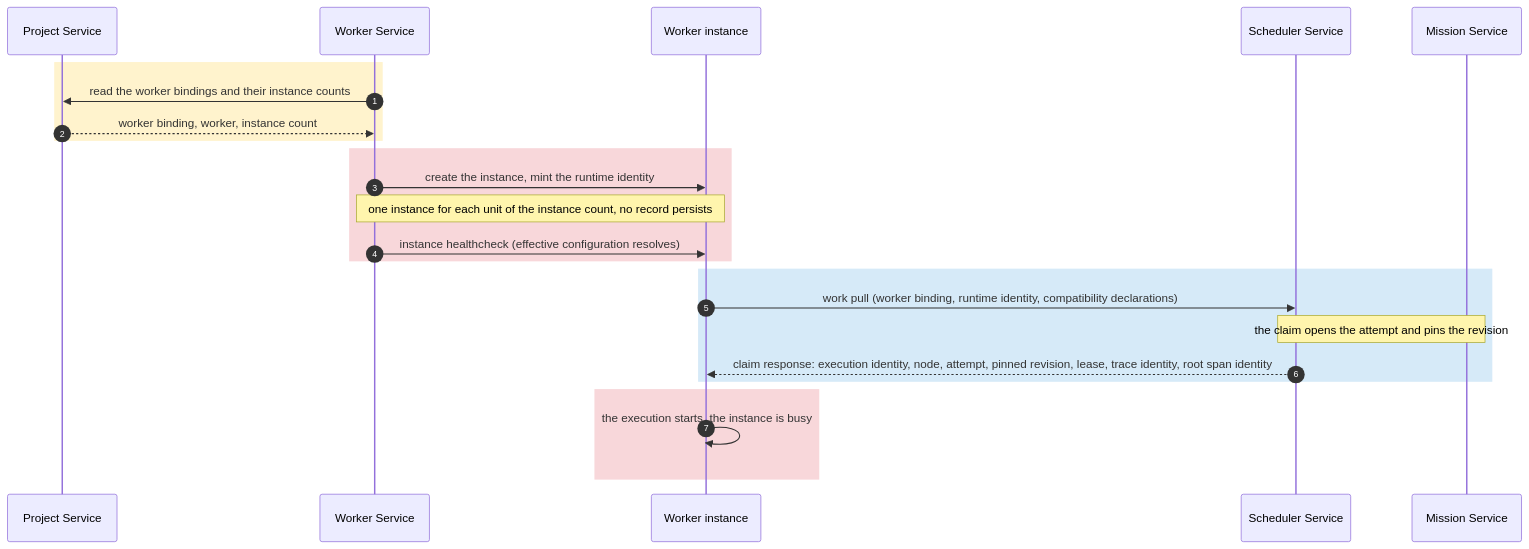
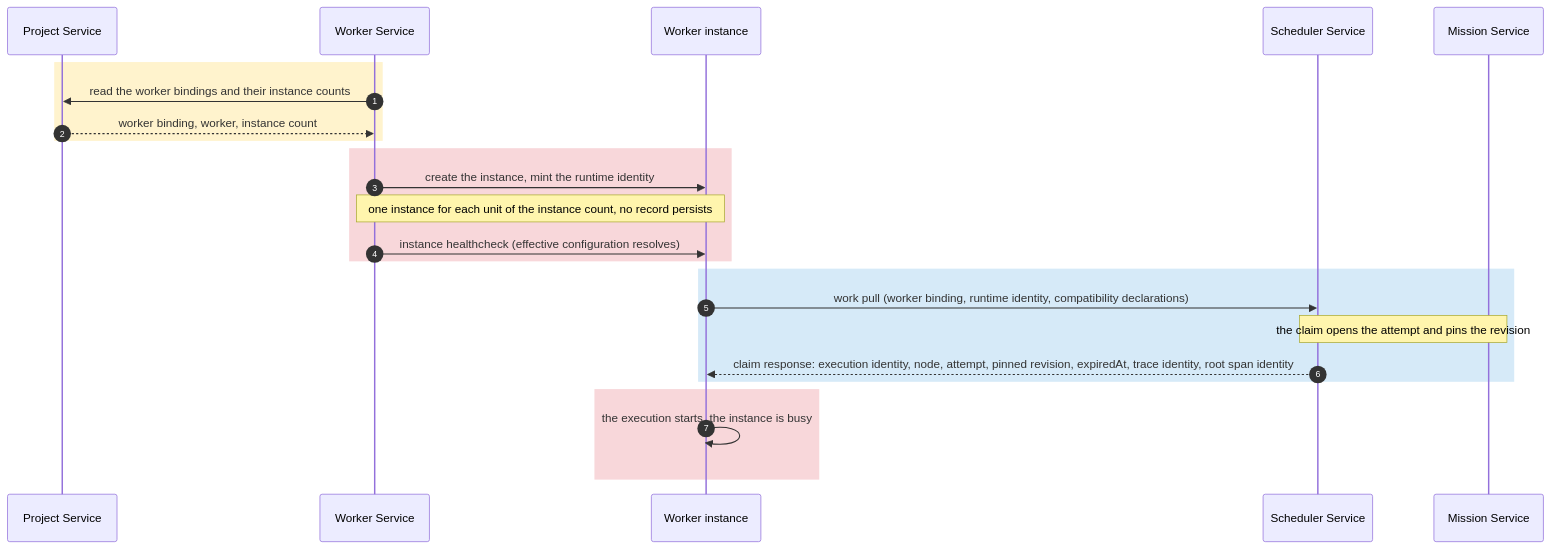
One commit to kanthorlabs/kanthord changed the first of 8 diagrams in docs/brainstorm/worker-service.md. Above: the diagram before and after it, drawn with Mermaid. The commit also changed other lines of this file and 4 other files, not shown here.

````diff
--- a/docs/brainstorm/worker-service.md
+++ b/docs/brainstorm/worker-service.md
@@ -229,27 +230,27 @@
 ```mermaid
 sequenceDiagram
     autonumber
     participant P as Project Service
     participant W as Worker Service
     participant I as Worker instance
     participant S as Scheduler Service
     participant M as Mission Service
 
     rect rgb(255, 243, 205)
         W->>P: read the worker bindings and their instance counts
         P-->>W: worker binding, worker, instance count
     end
     rect rgb(248, 215, 218)
         W->>I: create the instance, mint the runtime identity
         Note over W,I: one instance for each unit of the instance count, no record persists
         W->>I: instance healthcheck (effective configuration resolves)
     end
     rect rgb(214, 234, 248)
         I->>S: work pull (worker binding, runtime identity, compatibility declarations)
         Note over S,M: the claim opens the attempt and pins the revision
-        S-->>I: claim response: execution identity, node, attempt, pinned revision, lease, trace identity, root span identity
+        S-->>I: claim response: execution identity, node, attempt, pinned revision, expiredAt, trace identity, root span identity
     end
     rect rgb(248, 215, 218)
         I->>I: the execution starts, the instance is busy
     end
 ```
````
